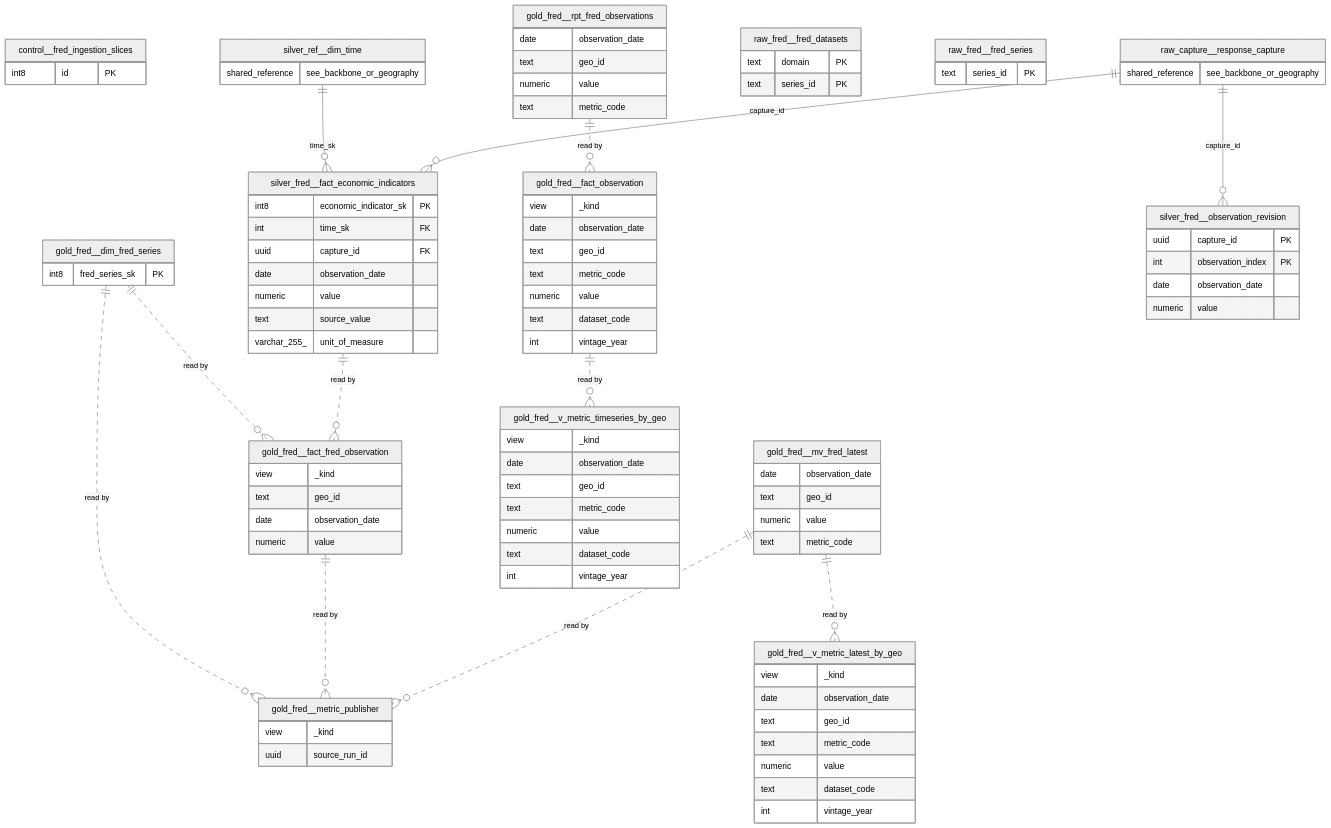
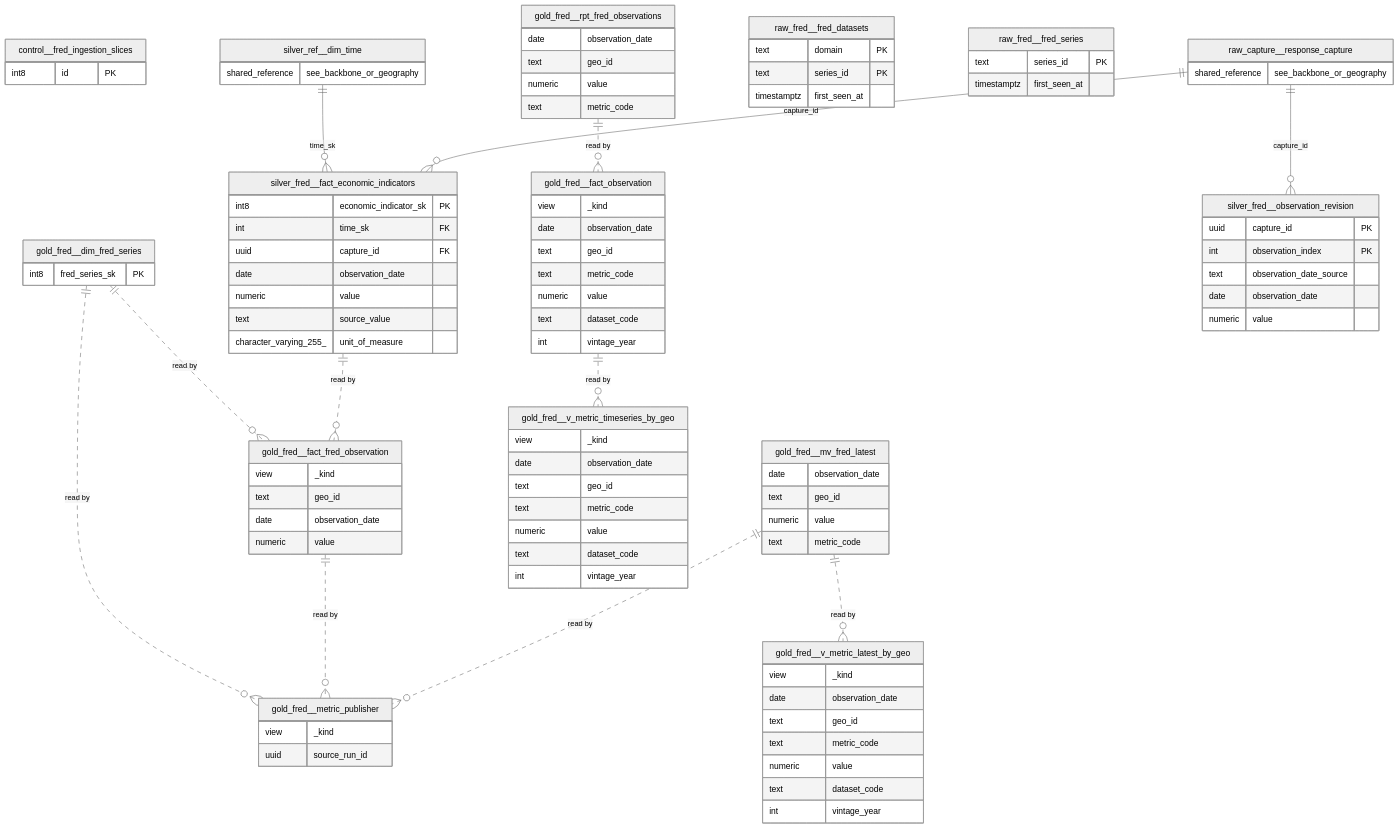
The seventh of 30 diagrams in docs/warehouse/erd.md (Syncert/population_etl_toolbox), drawn with Mermaid (neutral theme) before and after one commit. The commit also changed other lines of this file and 1 other file, not shown here.

First line of the commit message:
docs(warehouse): add November sources to the data sources guide; regenerate the ERD

````diff
--- a/docs/warehouse/erd.md
+++ b/docs/warehouse/erd.md
@@ -786,9 +808,11 @@
     raw_fred__fred_datasets {
         text domain PK
         text series_id PK
+        timestamptz first_seen_at
     }
     raw_fred__fred_series {
         text series_id PK
+        timestamptz first_seen_at
     }
     silver_fred__fact_economic_indicators {
         int8 economic_indicator_sk PK
@@ -797,26 +821,27 @@
         date observation_date
         numeric value
         text source_value
-        varchar_255_ unit_of_measure
+        character_varying_255_ unit_of_measure
     }
     silver_fred__observation_revision {
         uuid capture_id PK
         int observation_index PK
+        text observation_date_source
         date observation_date
         numeric value
     }
     silver_ref__dim_time {
         shared_reference see_backbone_or_geography
     }
-    raw_capture__response_capture ||--o{ silver_fred__observation_revision : "capture_id"
-    silver_ref__dim_time ||--o{ silver_fred__fact_economic_indicators : "time_sk"
-    raw_capture__response_capture ||--o{ silver_fred__fact_economic_indicators : "capture_id"
     gold_fred__dim_fred_series ||..o{ gold_fred__fact_fred_observation : "read by"
     silver_fred__fact_economic_indicators ||..o{ gold_fred__fact_fred_observation : "read by"
+    gold_fred__rpt_fred_observations ||..o{ gold_fred__fact_observation : "read by"
     gold_fred__dim_fred_series ||..o{ gold_fred__metric_publisher : "read by"
     gold_fred__fact_fred_observation ||..o{ gold_fred__metric_publisher : "read by"
     gold_fred__mv_fred_latest ||..o{ gold_fred__metric_publisher : "read by"
-    gold_fred__rpt_fred_observations ||..o{ gold_fred__fact_observation : "read by"
     gold_fred__mv_fred_latest ||..o{ gold_fred__v_metric_latest_by_geo : "read by"
     gold_fred__fact_observation ||..o{ gold_fred__v_metric_timeseries_by_geo : "read by"
+    silver_ref__dim_time ||--o{ silver_fred__fact_economic_indicators : "time_sk"
+    raw_capture__response_capture ||--o{ silver_fred__fact_economic_indicators : "capture_id"
+    raw_capture__response_capture ||--o{ silver_fred__observation_revision : "capture_id"
 ```
````
